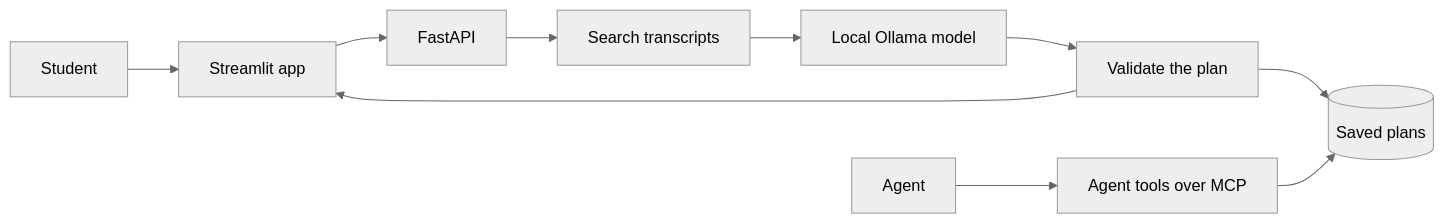
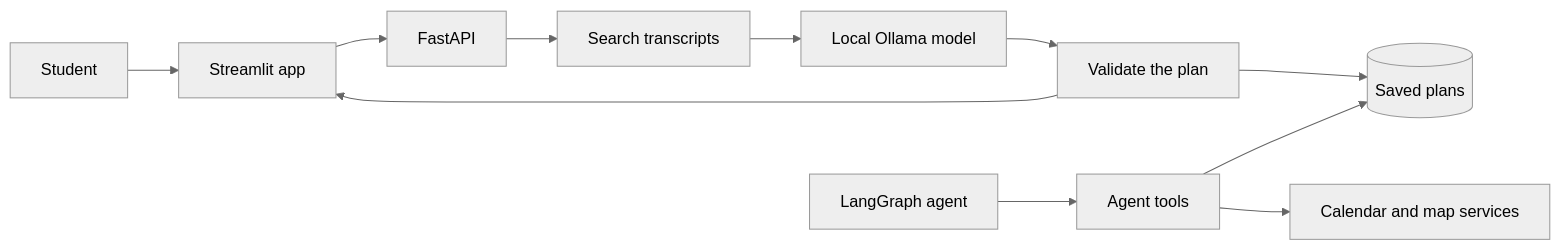
Before and after one commit to Kingflow-23/RepWise: the diagram in README.md, drawn with Mermaid (neutral theme). The commit also changed other lines of this file and 29 other files, not shown here.

````diff
--- a/README.md
+++ b/README.md
@@ -20,12 +20,13 @@
 ```mermaid
 flowchart LR
     Student --> UI[Streamlit app]
     UI --> API[FastAPI]
     API --> Search[Search transcripts]
     Search --> Model[Local Ollama model]
     Model --> Validate[Validate the plan]
     Validate --> DB[(Saved plans)]
     Validate --> UI
-    Agent --> Tools[Agent tools over MCP]
+    Agent[LangGraph agent] --> Tools[Agent tools]
     Tools --> DB
+    Tools --> Calendar[Calendar and map services]
 ```
````
